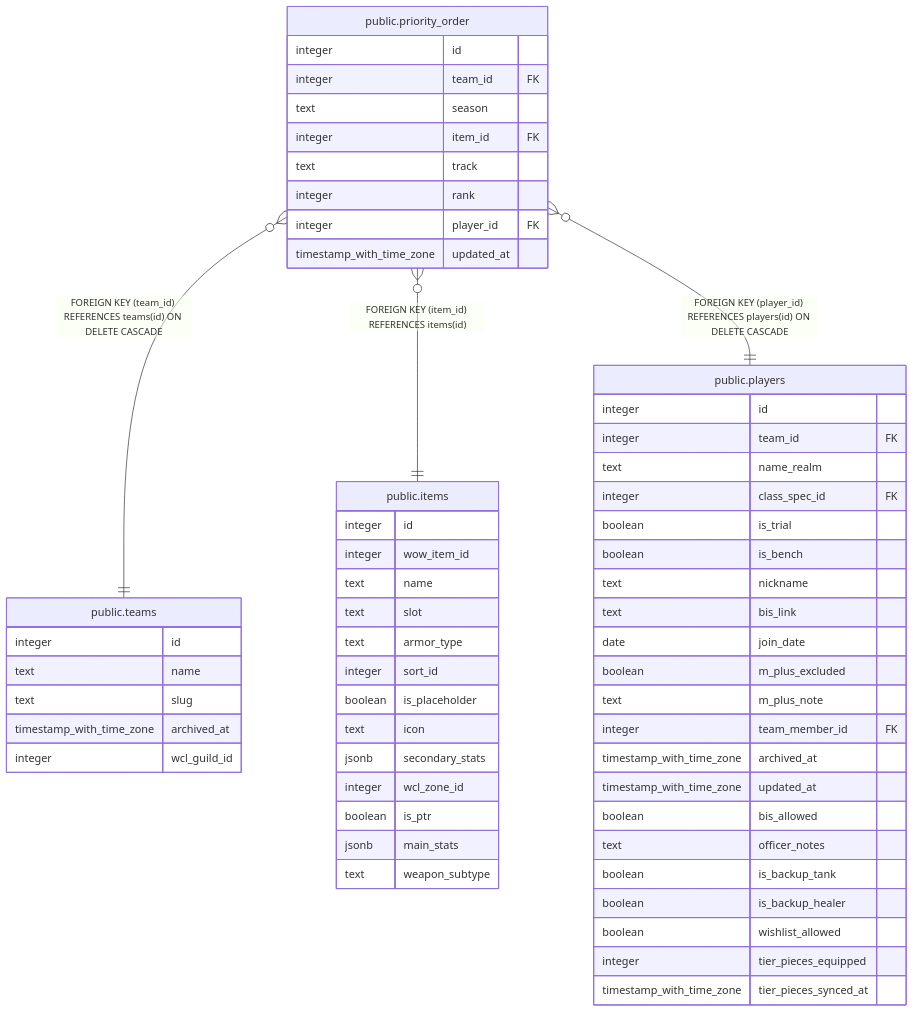
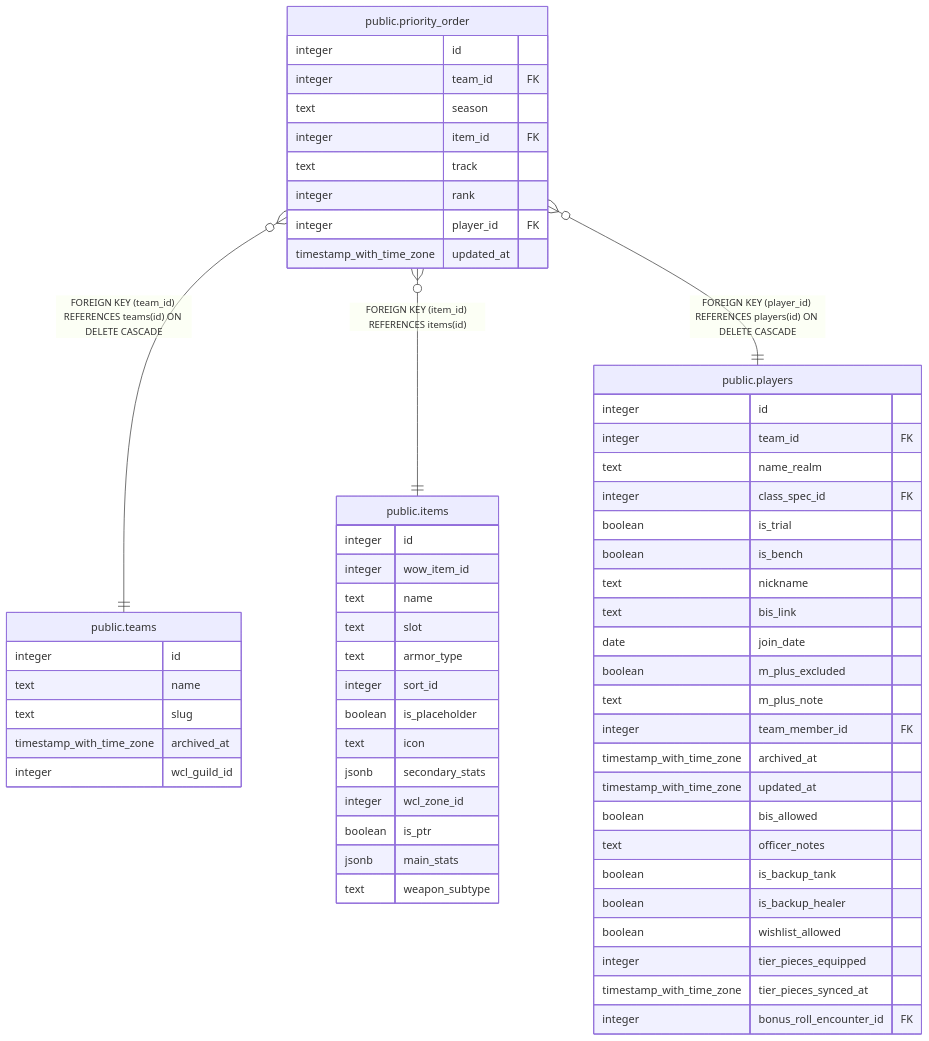
One commit to katogaming88/Phoenix-Roster changed the diagram in dbdoc/public.priority_order.md. Above: the diagram before and after it, drawn with Mermaid. The commit also changed 41 other files, not shown here.

First line of the commit message:
Add raider Bonus Roll target with officer Roster badge (#679)

````diff
--- a/dbdoc/public.priority_order.md
+++ b/dbdoc/public.priority_order.md
@@ -45,63 +45,64 @@
 ```mermaid
 erDiagram
 
 "public.priority_order" }o--|| "public.teams" : "FOREIGN KEY (team_id) REFERENCES teams(id) ON DELETE CASCADE"
 "public.priority_order" }o--|| "public.items" : "FOREIGN KEY (item_id) REFERENCES items(id)"
 "public.priority_order" }o--|| "public.players" : "FOREIGN KEY (player_id) REFERENCES players(id) ON DELETE CASCADE"
 
 "public.priority_order" {
   integer id
   integer team_id FK
   text season
   integer item_id FK
   text track
   integer rank
   integer player_id FK
   timestamp_with_time_zone updated_at
 }
 "public.teams" {
   integer id
   text name
   text slug
   timestamp_with_time_zone archived_at
   integer wcl_guild_id
 }
 "public.items" {
   integer id
   integer wow_item_id
   text name
   text slot
   text armor_type
   integer sort_id
   boolean is_placeholder
   text icon
   jsonb secondary_stats
   integer wcl_zone_id
   boolean is_ptr
   jsonb main_stats
   text weapon_subtype
 }
 "public.players" {
   integer id
   integer team_id FK
   text name_realm
   integer class_spec_id FK
   boolean is_trial
   boolean is_bench
   text nickname
   text bis_link
   date join_date
   boolean m_plus_excluded
   text m_plus_note
   integer team_member_id FK
   timestamp_with_time_zone archived_at
   timestamp_with_time_zone updated_at
   boolean bis_allowed
   text officer_notes
   boolean is_backup_tank
   boolean is_backup_healer
   boolean wishlist_allowed
   integer tier_pieces_equipped
   timestamp_with_time_zone tier_pieces_synced_at
+  integer bonus_roll_encounter_id FK
 }
 ```
````
